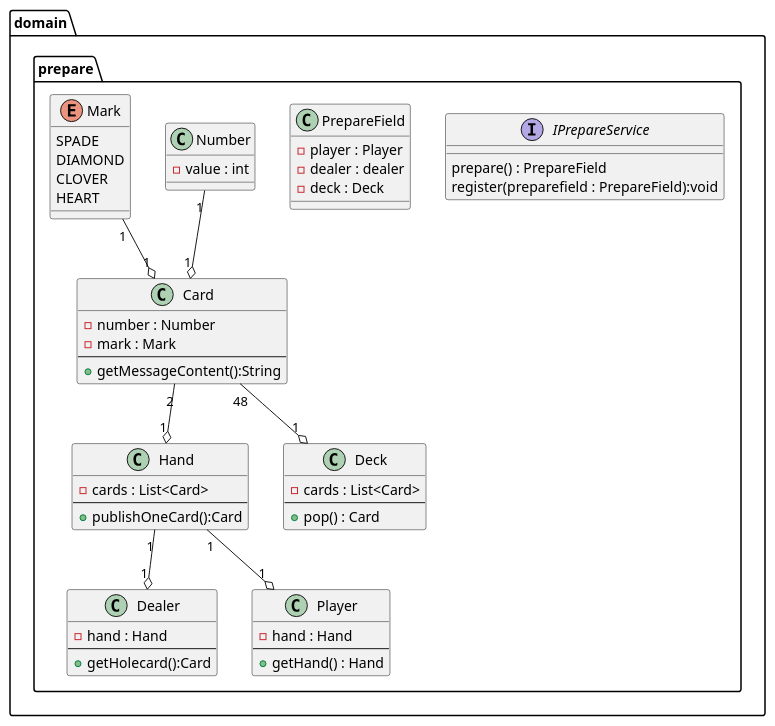
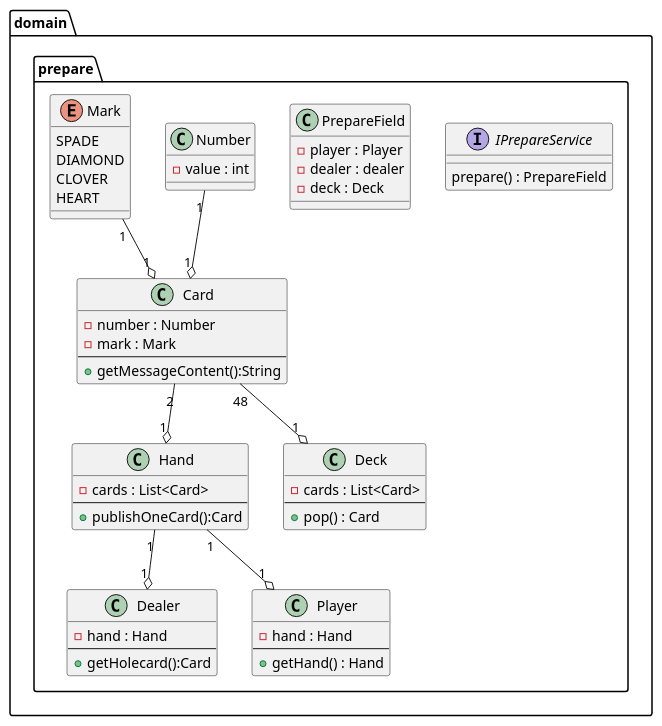
The diagram in lecture/src/uml/prepare-class.puml (KazukiOtomo/sample), drawn with PlantUML before and after one commit. The commit also changed 3 other files, not shown here.

Commit message:
[fix] クラス図の変更

```diff
--- a/lecture/src/uml/prepare-class.puml
+++ b/lecture/src/uml/prepare-class.puml
@@ -1,70 +1,69 @@
 @startuml
 'https://plantuml.com/sequence-diagram
 
 skinparam defaultFontName Cica
 
 package domain.prepare {
 
     interface IPrepareService{
         prepare() : PrepareField
-        register(preparefield : PrepareField):void
     }
 
     class PrepareField {
         -player : Player
         -dealer : dealer
         -deck : Deck
     }
 
     class Dealer {
         -hand : Hand
         --
         +getHolecard():Card
     }
 
     class Player {
         -hand : Hand
         --
         +getHand() : Hand
     }
 
     class Hand {
         -cards : List<Card>
         --
         +publishOneCard():Card
     }
 
     class Card {
         -number : Number
         -mark : Mark
         --
         +getMessageContent():String
     }
 
     Hand "1" --o "1" Player
     Hand "1" --o "1" Dealer
     Card "2" --o "1" Hand
 
     class Number {
         -value : int
     }
 
     enum Mark {
         SPADE
         DIAMOND
         CLOVER
         HEART
     }
 
     Mark "1" --o "1" Card
     Number "1" --o "1" Card
 
     class Deck {
         -cards : List<Card>
         --
         +pop() : Card
     }
 
     Card "48" --o "1" Deck
 }
 @enduml
```
